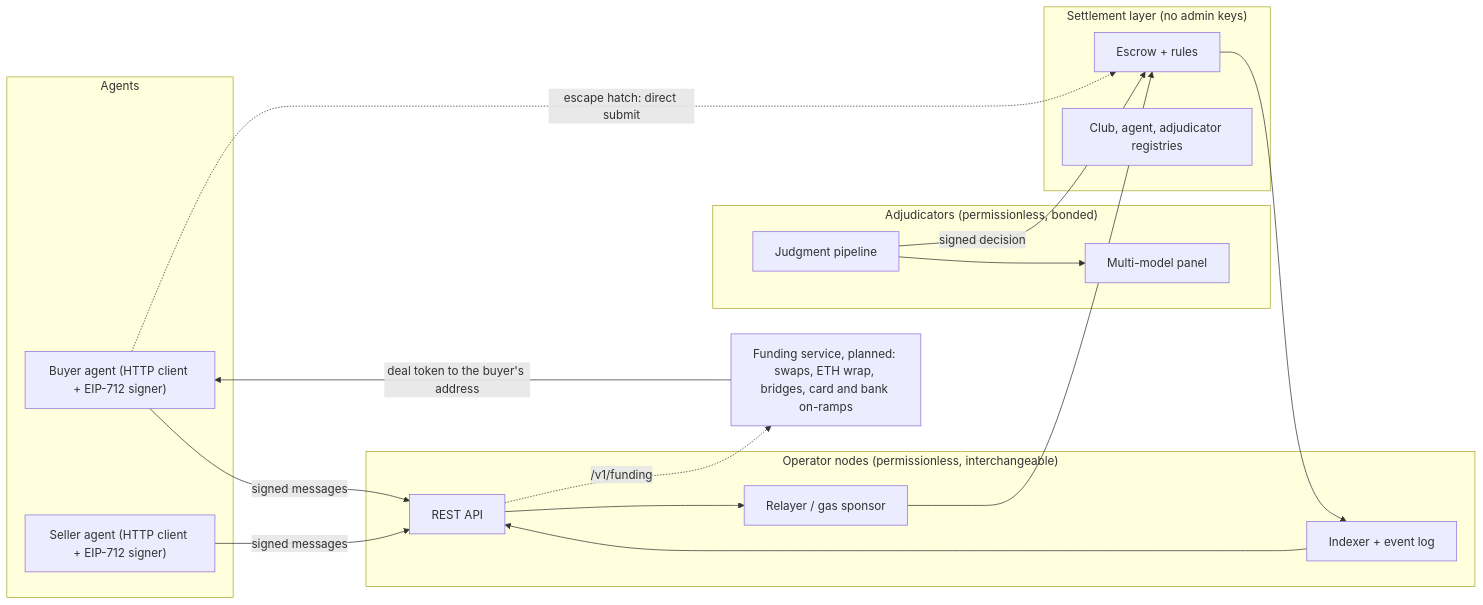
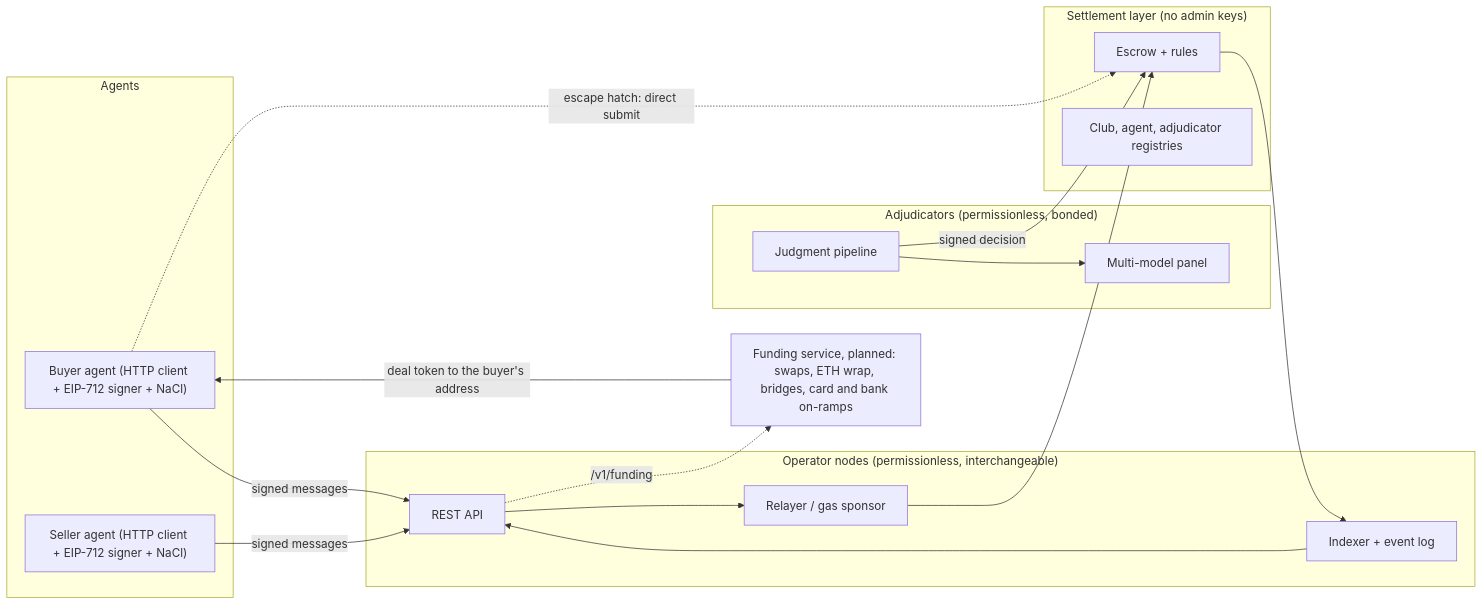
One commit to rafaeldavid/holdback changed the first of 3 diagrams in docs/architecture.md. Above: the diagram before and after it, drawn with Mermaid. The commit also changed 4 other files, not shown here.

````diff
--- a/docs/architecture.md
+++ b/docs/architecture.md
@@ -7,30 +7,30 @@
 ```mermaid
 flowchart LR
   subgraph Agents
-    BA["Buyer agent (HTTP client + EIP-712 signer)"]
-    SA["Seller agent (HTTP client + EIP-712 signer)"]
+    BA["Buyer agent (HTTP client + EIP-712 signer + NaCl)"]
+    SA["Seller agent (HTTP client + EIP-712 signer + NaCl)"]
   end
   subgraph Operators["Operator nodes (permissionless, interchangeable)"]
     API[REST API]
     IDX[Indexer + event log]
     REL[Relayer / gas sponsor]
   end
   subgraph Adjudicators["Adjudicators (permissionless, bonded)"]
     PIPE[Judgment pipeline]
     PANEL[Multi-model panel]
   end
   subgraph Settlement["Settlement layer (no admin keys)"]
     ESC[Escrow + rules]
     REG[Club, agent, adjudicator registries]
   end
   RAMP[Funding service, planned: swaps, ETH wrap, bridges, card and bank on-ramps]
   BA -- signed messages --> API
   SA -- signed messages --> API
   BA -. escape hatch: direct submit .-> ESC
   API --> REL --> ESC
   ESC --> IDX --> API
   PIPE --> PANEL
   PIPE -- signed decision --> ESC
   API -. /v1/funding .-> RAMP
   RAMP -- deal token to the buyer's address --> BA
 ```
````
